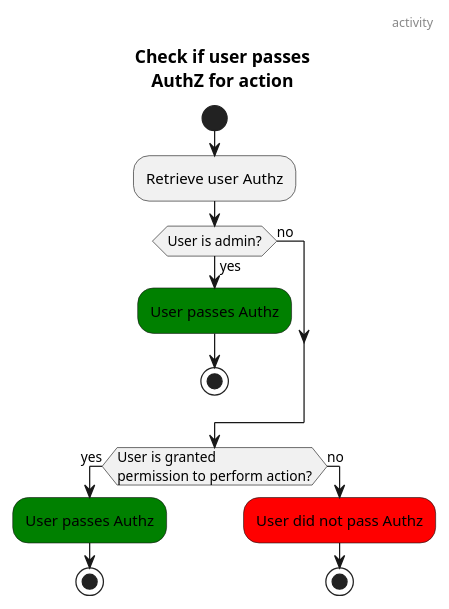
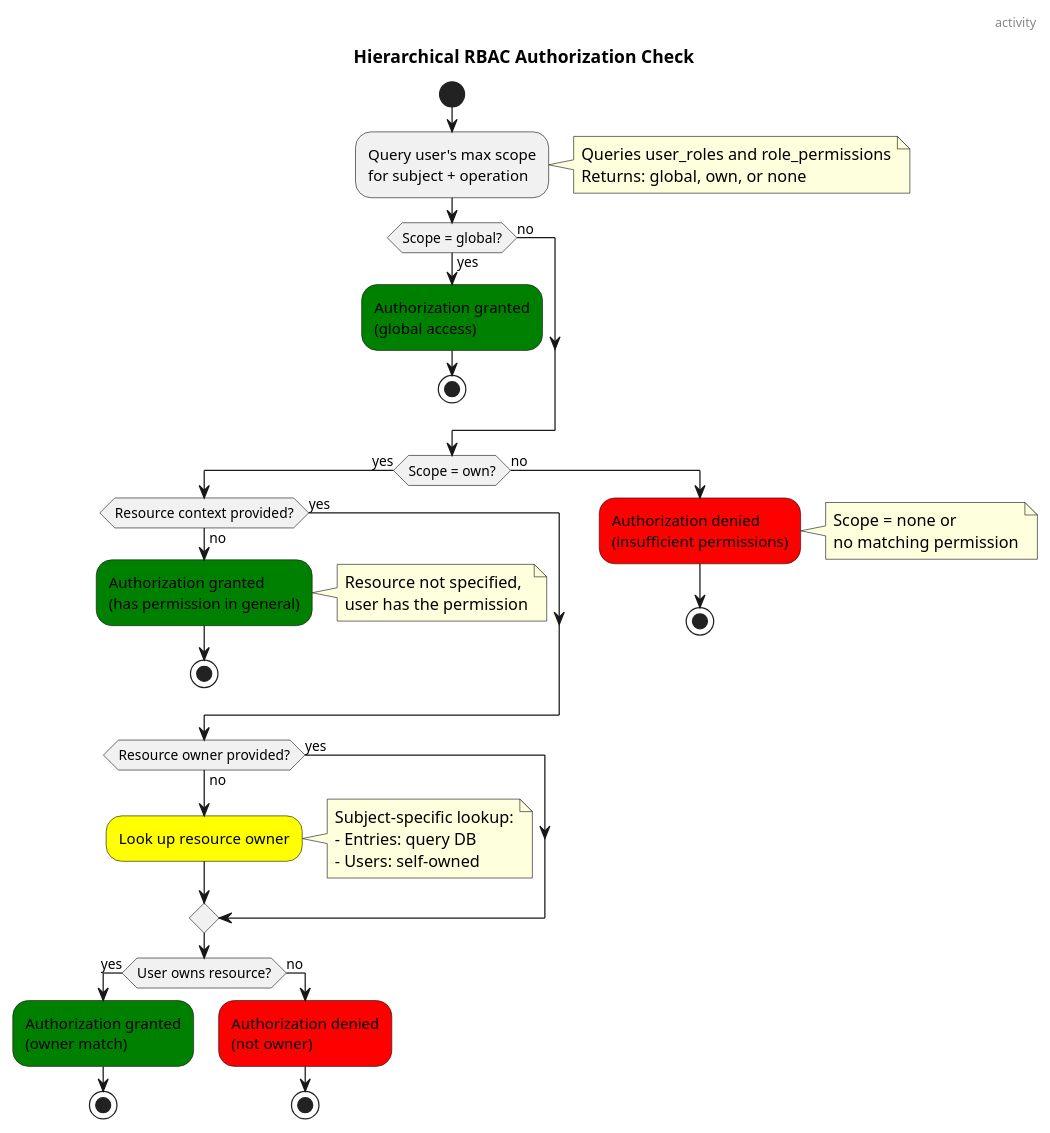
One commit to xomiachuna/wallabago changed the diagram in docs/diagrams/authz.activity.puml. Above: the diagram before and after it, drawn with PlantUML. The commit also changed 1 other file, not shown here.

Commit message:
ai/docs: Update the RBAC logic diagram

```diff
--- a/docs/diagrams/authz.activity.puml
+++ b/docs/diagrams/authz.activity.puml
@@ -1,20 +1,61 @@
 @startuml authz-activity
 header activity
-title Check if user passes\nAuthZ for action
+title Hierarchical RBAC Authorization Check
 
 start
-:Retrieve user Authz;
-if (User is admin?) then (yes)
-    #green:User passes Authz;
+:Query user's max scope
+for subject + operation;
+note right
+  Queries user_roles and role_permissions
+  Returns: global, own, or none
+end note
+
+if (Scope = global?) then (yes)
+    #green:Authorization granted
+    (global access);
     stop
 else (no)
 endif
-if (User is granted\npermission to perform action?) then (yes)
-    #green:User passes Authz;
-    stop
+
+if (Scope = own?) then (yes)
+    if (Resource context provided?) then (no)
+        #green:Authorization granted
+        (has permission in general);
+        note right
+          Resource not specified,
+          user has the permission
+        end note
+        stop
+    else (yes)
+    endif
+
+    if (Resource owner provided?) then (no)
+        #yellow:Look up resource owner;
+        note right
+          Subject-specific lookup:
+          - Entries: query DB
+          - Users: self-owned
+        end note
+    else (yes)
+    endif
+
+    if (User owns resource?) then (yes)
+        #green:Authorization granted
+        (owner match);
+        stop
+    else (no)
+        #red:Authorization denied
+        (not owner);
+        stop
+    endif
 else (no)
-    #red:User did not pass Authz;
+    #red:Authorization denied
+    (insufficient permissions);
+    note right
+      Scope = none or
+      no matching permission
+    end note
     stop
 endif
 
 @enduml
```
